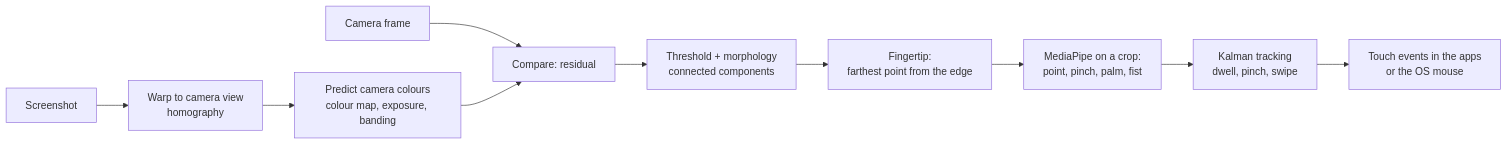
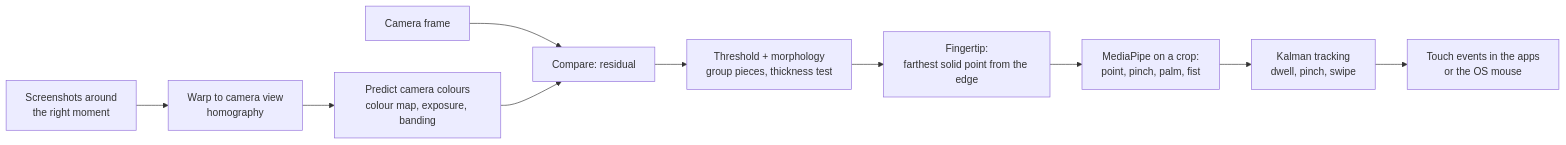
One commit to jweaker/visiontouch changed the diagram in docs/how-it-works.md. Above: the diagram before and after it, drawn with Mermaid. The commit also changed other lines of this file and 18 other files, not shown here.

````diff
--- a/docs/how-it-works.md
+++ b/docs/how-it-works.md
@@ -28,12 +28,12 @@
 ```mermaid
 flowchart LR
     A[Camera frame] --> D
-    S[Screenshot] --> W[Warp to camera view<br/>homography]
+    S[Screenshots around<br/>the right moment] --> W[Warp to camera view<br/>homography]
     W --> P[Predict camera colours<br/>colour map, exposure, banding]
     P --> D[Compare: residual]
-    D --> T[Threshold + morphology<br/>connected components]
-    T --> F[Fingertip:<br/>farthest point from the edge]
+    D --> T[Threshold + morphology<br/>group pieces, thickness test]
+    T --> F[Fingertip:<br/>farthest solid point from the edge]
     F --> M[MediaPipe on a crop:<br/>point, pinch, palm, fist]
     M --> K[Kalman tracking<br/>dwell, pinch, swipe]
     K --> O[Touch events in the apps<br/>or the OS mouse]
 ```
````
